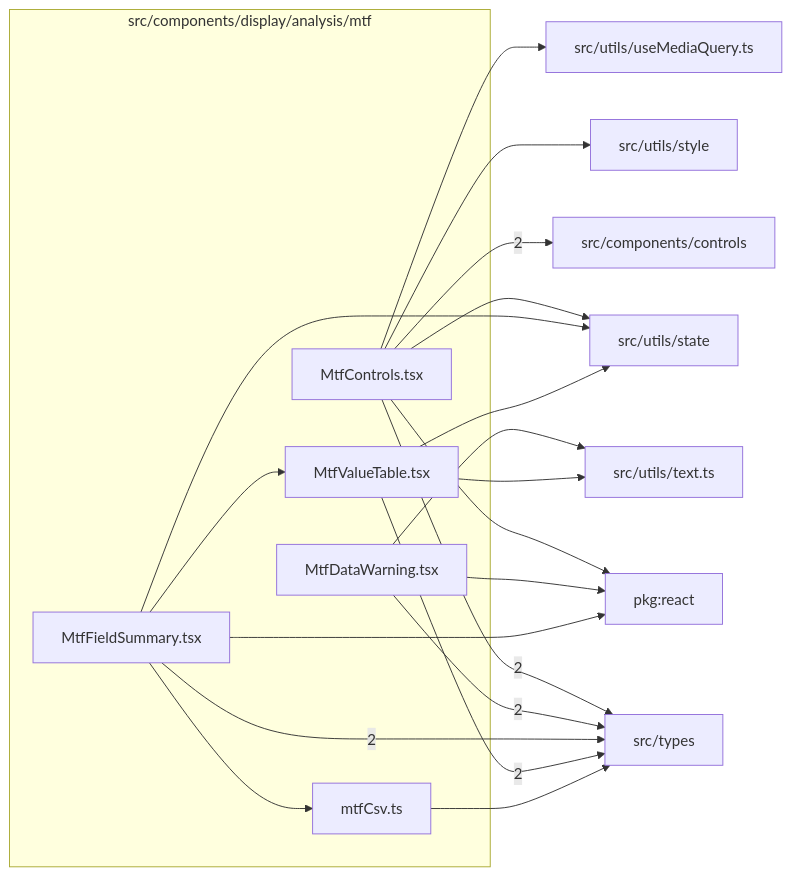
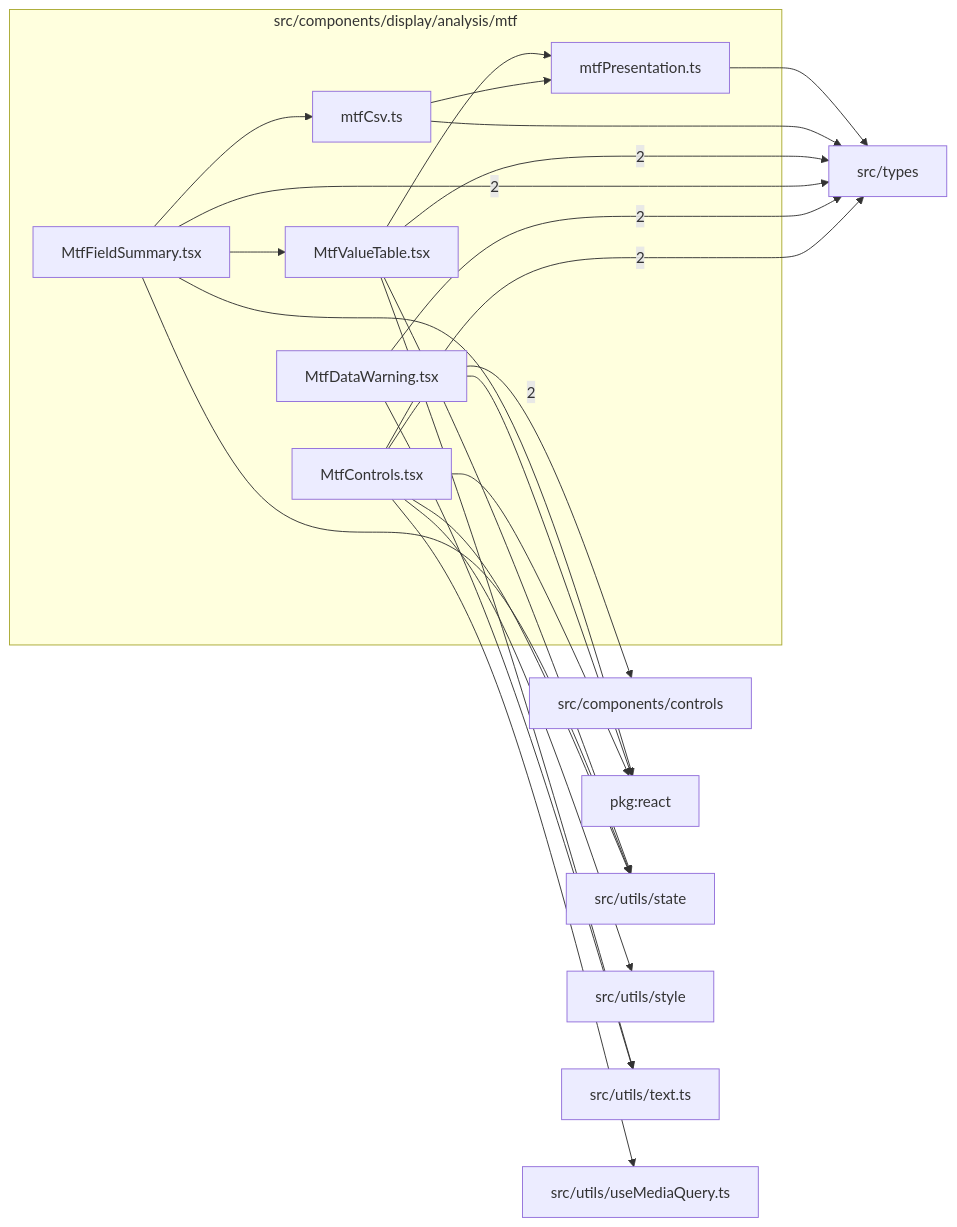
The diagram in src/components/display/analysis/mtf/readme.md (ronbuening/LensVisualizer), drawn with Mermaid before and after one commit. The commit also changed other lines of this file and 23 other files, not shown here.

````diff
--- a/src/components/display/analysis/mtf/readme.md
+++ b/src/components/display/analysis/mtf/readme.md
@@ -9,35 +9,39 @@
 ```mermaid
 flowchart LR
   subgraph n_src_components_display_analysis_mtf["src/components/display/analysis/mtf"]
     n_src_components_display_analysis_mtf_src_components_display_analysis_mtf_MtfControls_tsx["MtfControls.tsx"]
     n_src_components_display_analysis_mtf_src_components_display_analysis_mtf_mtfCsv_ts["mtfCsv.ts"]
     n_src_components_display_analysis_mtf_src_components_display_analysis_mtf_MtfDataWarning_tsx["MtfDataWarning.tsx"]
     n_src_components_display_analysis_mtf_src_components_display_analysis_mtf_MtfFieldSummary_tsx["MtfFieldSummary.tsx"]
+    n_src_components_display_analysis_mtf_src_components_display_analysis_mtf_mtfPresentation_ts["mtfPresentation.ts"]
     n_src_components_display_analysis_mtf_src_components_display_analysis_mtf_MtfValueTable_tsx["MtfValueTable.tsx"]
   end
   n_external_src_components_controls["src/components/controls"]
   n_external_src_types["src/types"]
   n_external_pkg_react["pkg:react"]
   n_external_src_utils_state["src/utils/state"]
   n_external_src_utils_style["src/utils/style"]
   n_external_src_utils_text_ts["src/utils/text.ts"]
   n_external_src_utils_useMediaQuery_ts["src/utils/useMediaQuery.ts"]
   n_src_components_display_analysis_mtf_src_components_display_analysis_mtf_MtfControls_tsx --> |2| n_external_src_components_controls
   n_src_components_display_analysis_mtf_src_components_display_analysis_mtf_MtfControls_tsx --> |2| n_external_src_types
   n_src_components_display_analysis_mtf_src_components_display_analysis_mtf_MtfDataWarning_tsx --> |2| n_external_src_types
   n_src_components_display_analysis_mtf_src_components_display_analysis_mtf_MtfFieldSummary_tsx --> |2| n_external_src_types
   n_src_components_display_analysis_mtf_src_components_display_analysis_mtf_MtfValueTable_tsx --> |2| n_external_src_types
   n_src_components_display_analysis_mtf_src_components_display_analysis_mtf_MtfControls_tsx --> n_external_pkg_react
   n_src_components_display_analysis_mtf_src_components_display_analysis_mtf_MtfDataWarning_tsx --> n_external_pkg_react
   n_src_components_display_analysis_mtf_src_components_display_analysis_mtf_MtfFieldSummary_tsx --> n_external_pkg_react
   n_src_components_display_analysis_mtf_src_components_display_analysis_mtf_mtfCsv_ts --> n_external_src_types
+  n_src_components_display_analysis_mtf_src_components_display_analysis_mtf_mtfPresentation_ts --> n_external_src_types
   n_src_components_display_analysis_mtf_src_components_display_analysis_mtf_MtfControls_tsx --> n_external_src_utils_state
   n_src_components_display_analysis_mtf_src_components_display_analysis_mtf_MtfFieldSummary_tsx --> n_external_src_utils_state
   n_src_components_display_analysis_mtf_src_components_display_analysis_mtf_MtfValueTable_tsx --> n_external_src_utils_state
   n_src_components_display_analysis_mtf_src_components_display_analysis_mtf_MtfControls_tsx --> n_external_src_utils_style
   n_src_components_display_analysis_mtf_src_components_display_analysis_mtf_MtfDataWarning_tsx --> n_external_src_utils_text_ts
   n_src_components_display_analysis_mtf_src_components_display_analysis_mtf_MtfValueTable_tsx --> n_external_src_utils_text_ts
   n_src_components_display_analysis_mtf_src_components_display_analysis_mtf_MtfControls_tsx --> n_external_src_utils_useMediaQuery_ts
   n_src_components_display_analysis_mtf_src_components_display_analysis_mtf_MtfFieldSummary_tsx --> n_src_components_display_analysis_mtf_src_components_display_analysis_mtf_mtfCsv_ts
+  n_src_components_display_analysis_mtf_src_components_display_analysis_mtf_mtfCsv_ts --> n_src_components_display_analysis_mtf_src_components_display_analysis_mtf_mtfPresentation_ts
+  n_src_components_display_analysis_mtf_src_components_display_analysis_mtf_MtfValueTable_tsx --> n_src_components_display_analysis_mtf_src_components_display_analysis_mtf_mtfPresentation_ts
   n_src_components_display_analysis_mtf_src_components_display_analysis_mtf_MtfFieldSummary_tsx --> n_src_components_display_analysis_mtf_src_components_display_analysis_mtf_MtfValueTable_tsx
 ```
````
